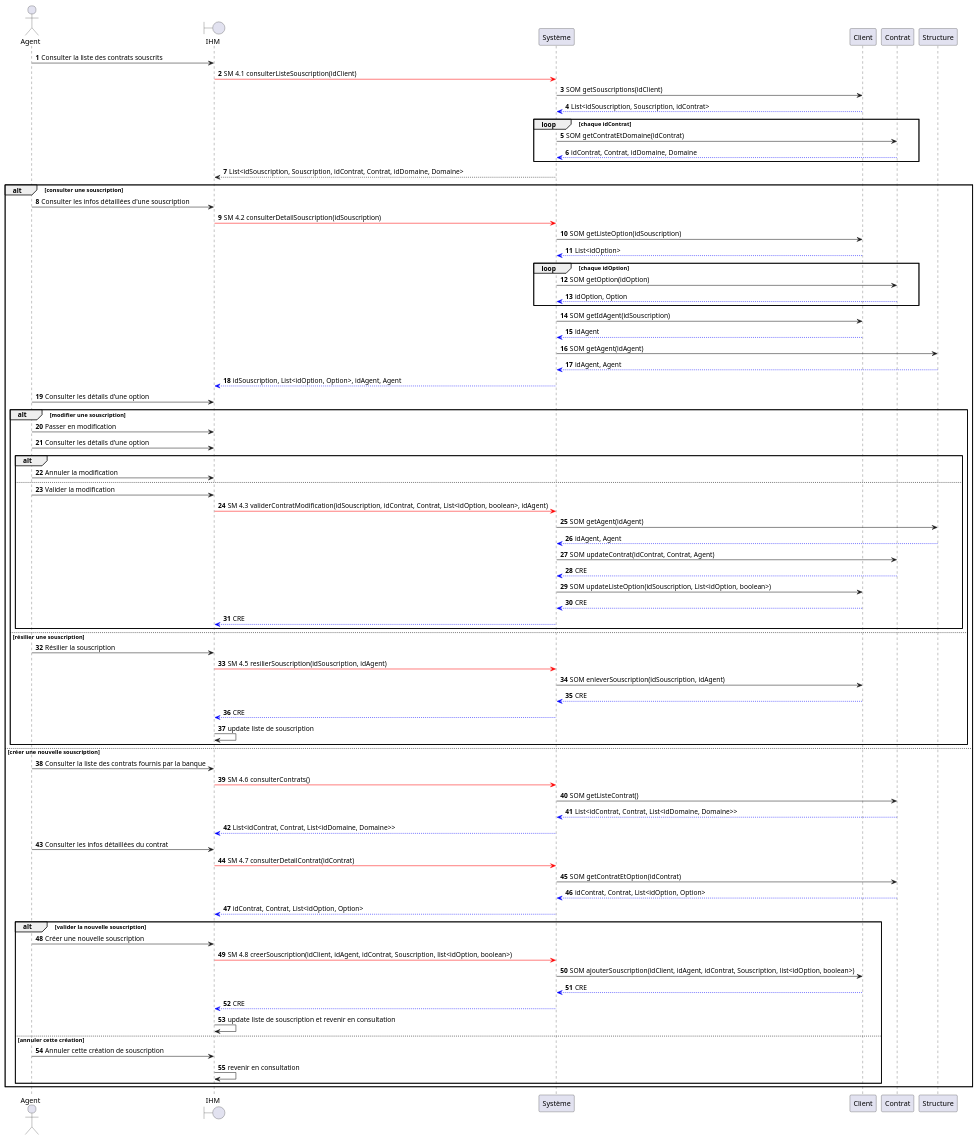
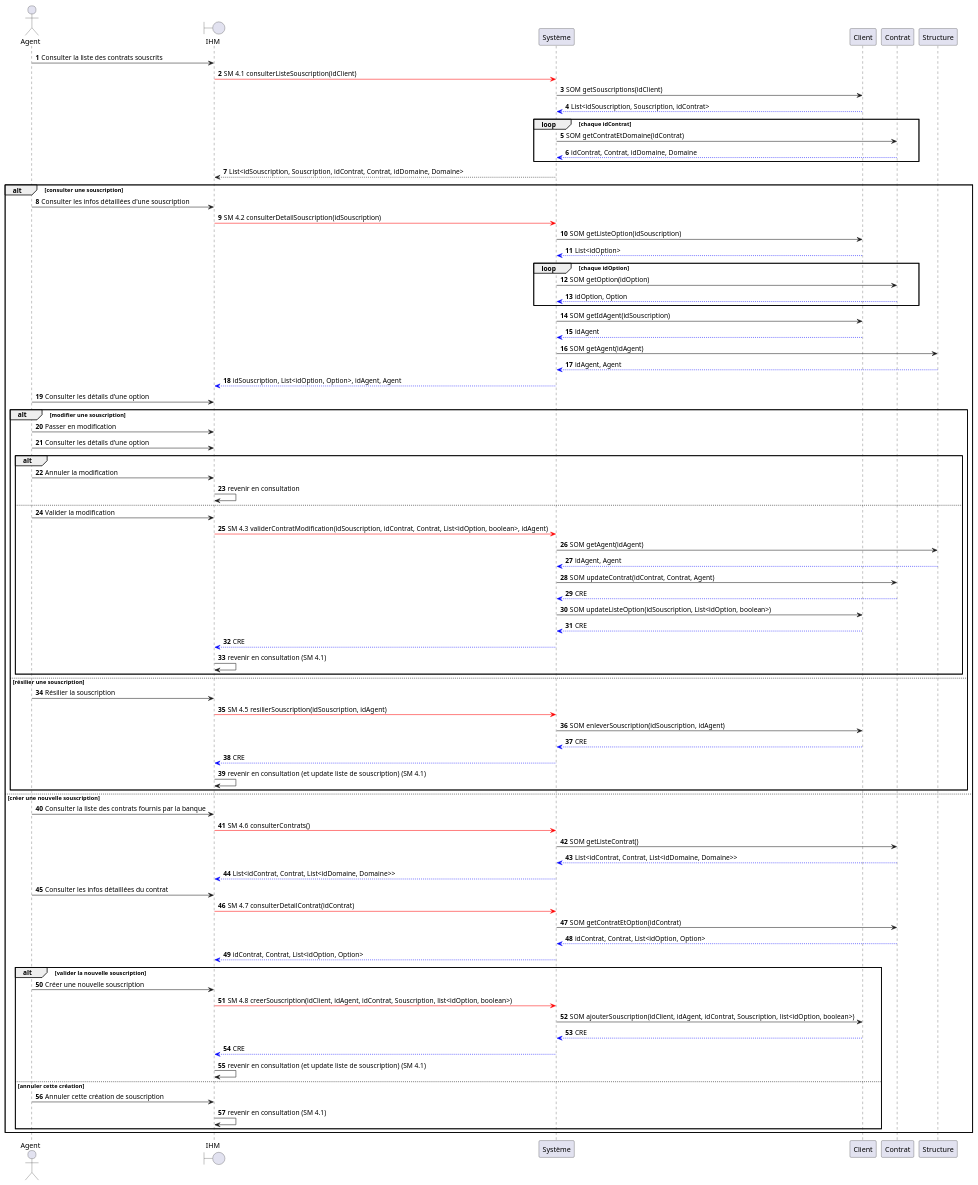
The diagram in src/documentation/CU4_DSD.puml (HZjiadong/PLD-MARS), drawn with PlantUML before and after one commit. The commit also changed 1 other file, not shown here.

Commit message:
fix(CU4): add back to consultation mode step for final steps

```diff
--- a/src/documentation/CU4_DSD.puml
+++ b/src/documentation/CU4_DSD.puml
@@ -1,98 +1,100 @@
 @startuml
 actor Agent
 boundary IHM
 participant Système
 participant Client
 participant Contrat
 participant Structure
 autonumber
 Agent -> IHM : Consulter la liste des contrats souscrits
 IHM -[#red]> Système : SM 4.1 consulterListeSouscription(idClient)
 Système -> Client : SOM getSouscriptions(idClient)
 Client -[#0000FF]-> Système : List<idSouscription, Souscription, idContrat>
 loop chaque idContrat
     Système -> Contrat : SOM getContratEtDomaine(idContrat)
     Contrat -[#0000FF]-> Système : idContrat, Contrat, idDomaine, Domaine
 end
 Système --> IHM : List<idSouscription, Souscription, idContrat, Contrat, idDomaine, Domaine>
 
 alt consulter une souscription
     Agent -> IHM : Consulter les infos détaillées d'une souscription
     IHM -[#red]> Système : SM 4.2 consulterDetailSouscription(idSouscription)
     Système -> Client : SOM getListeOption(idSouscription)
     Client -[#0000FF]-> Système : List<idOption>
 
 
     loop chaque idOption
         Système -> Contrat : SOM getOption(idOption)
         Contrat -[#0000FF]-> Système :idOption, Option
     end
 
     Système -> Client : SOM getIdAgent(idSouscription)
     Client -[#0000FF]-> Système : idAgent
     Système -> Structure : SOM getAgent(idAgent)
     Structure -[#0000FF]-> Système : idAgent, Agent
 
     Système -[#0000FF]-> IHM : idSouscription, List<idOption, Option>, idAgent, Agent
 
     Agent -> IHM : Consulter les détails d'une option
 
     alt modifier une souscription
     Agent -> IHM : Passer en modification
     Agent -> IHM : Consulter les détails d'une option
     alt
         Agent -> IHM : Annuler la modification
+        IHM -> IHM : revenir en consultation
         else
         Agent -> IHM : Valider la modification
         IHM -[#red]> Système : SM 4.3 validerContratModification(idSouscription, idContrat, Contrat, List<idOption, boolean>, idAgent)
 
         Système -> Structure : SOM getAgent(idAgent)
         Structure -[#0000FF]-> Système : idAgent, Agent
 
         Système -> Contrat : SOM updateContrat(idContrat, Contrat, Agent)
         Contrat -[#0000FF]-> Système : CRE
 
         Système -> Client : SOM updateListeOption(idSouscription, List<idOption, boolean>)
         Client -[#0000FF]-> Système : CRE
         Système -[#0000FF]-> IHM : CRE
+        IHM -> IHM : revenir en consultation (SM 4.1)
     end
     else résilier une souscription
     Agent -> IHM : Résilier la souscription
     IHM -[#red]> Système : SM 4.5 resilierSouscription(idSouscription, idAgent)
 
 
     Système -> Client : SOM enleverSouscription(idSouscription, idAgent)
     Client -[#0000FF]-> Système : CRE
     Système -[#0000FF]-> IHM : CRE
-    IHM -> IHM : update liste de souscription
+    IHM -> IHM : revenir en consultation (et update liste de souscription) (SM 4.1)
     end
 else créer une nouvelle souscription
     Agent -> IHM : Consulter la liste des contrats fournis par la banque
     IHM -[#red]> Système : SM 4.6 consulterContrats()
     Système -> Contrat : SOM getListeContrat()
     Contrat -[#0000FF]-> Système : List<idContrat, Contrat, List<idDomaine, Domaine>>
     Système -[#0000FF]-> IHM : List<idContrat, Contrat, List<idDomaine, Domaine>>
 
     Agent -> IHM : Consulter les infos détaillées du contrat
     IHM -[#red]> Système : SM 4.7 consulterDetailContrat(idContrat)
     Système -> Contrat : SOM getContratEtOption(idContrat)
     Contrat -[#0000FF]-> Système : idContrat, Contrat, List<idOption, Option>
     Système -[#0000FF]-> IHM : idContrat, Contrat, List<idOption, Option>
 
         alt valider la nouvelle souscription
         Agent -> IHM : Créer une nouvelle souscription
         IHM -[#red]> Système : SM 4.8 creerSouscription(idClient, idAgent, idContrat, Souscription, list<idOption, boolean>)
         Système -> Client : SOM ajouterSouscription(idClient, idAgent, idContrat, Souscription, list<idOption, boolean>)
         Client -[#0000FF]-> Système : CRE
         Système -[#0000FF]-> IHM : CRE
-        IHM -> IHM : update liste de souscription et revenir en consultation
+        IHM -> IHM : revenir en consultation (et update liste de souscription) (SM 4.1)
         else annuler cette création
         Agent -> IHM : Annuler cette création de souscription
-        IHM -> IHM : revenir en consultation
+        IHM -> IHM : revenir en consultation (SM 4.1)
         end
 end
 
 
 
 
 @enduml
```
